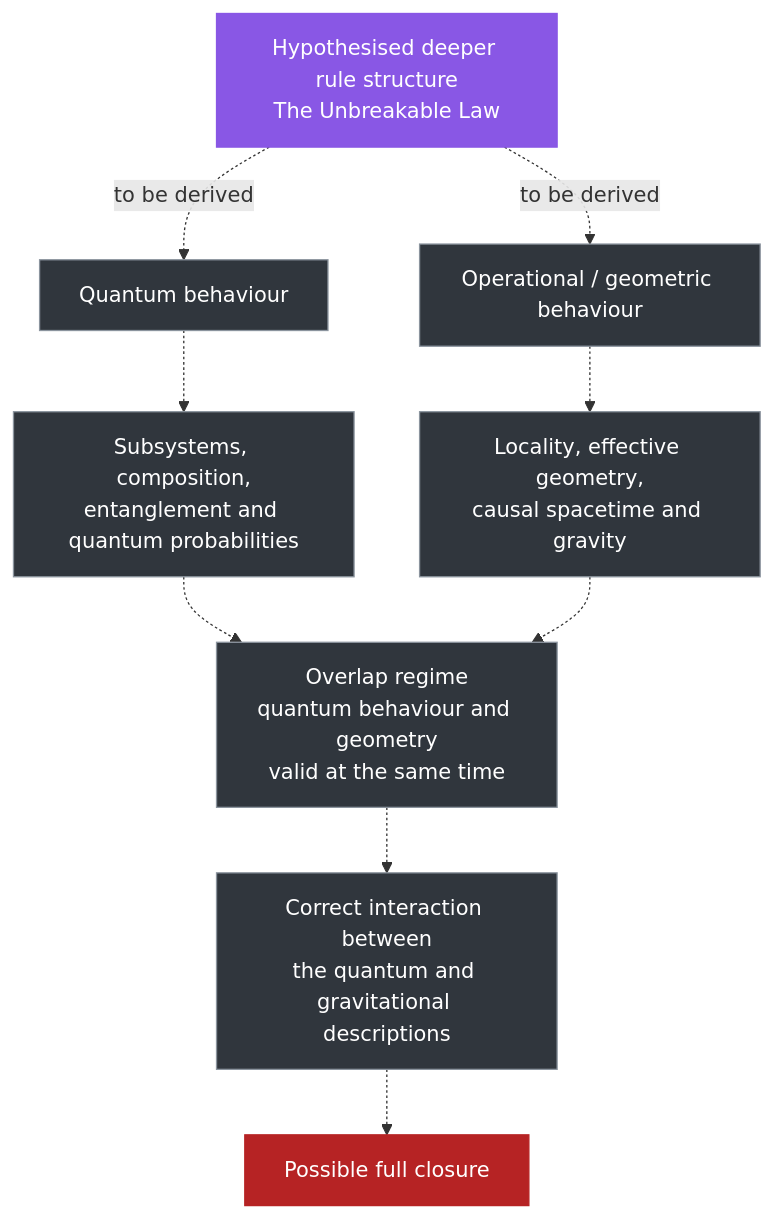
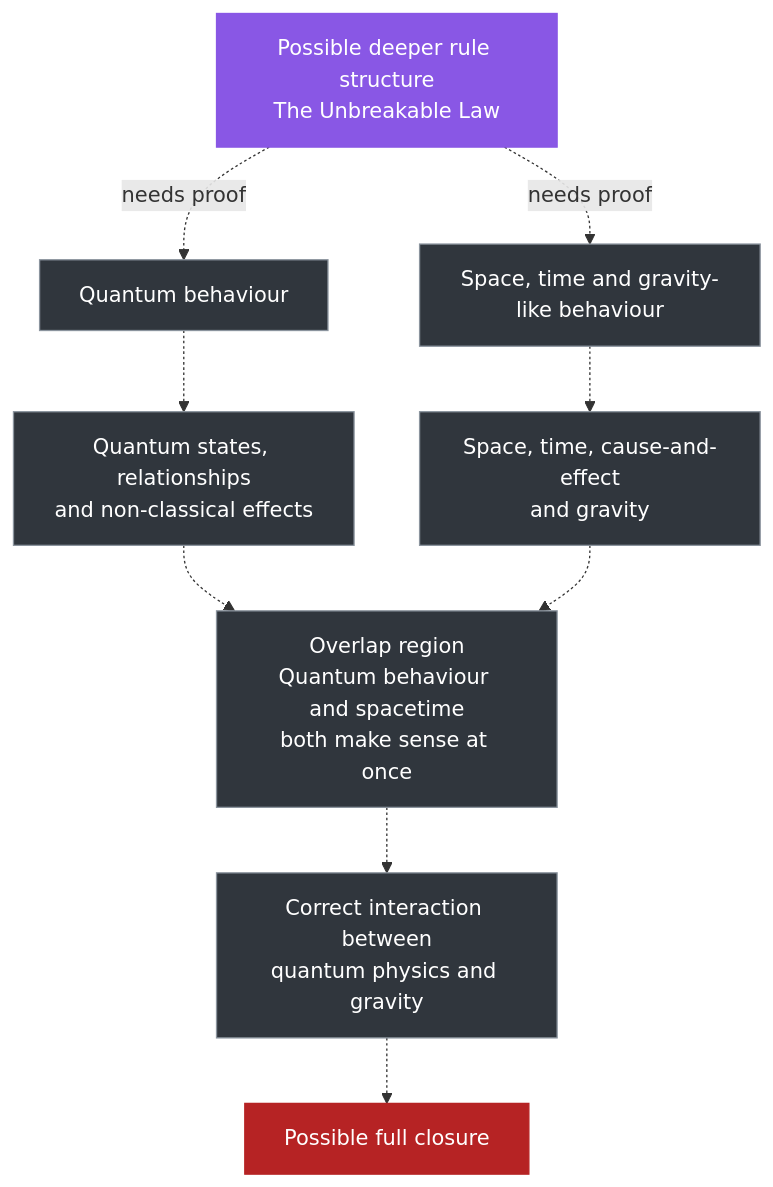
One commit to cameron467/The-Unbreakable-Law changed the second of 5 diagrams in Simplified_Framework/WHY_THIS_IS_NOT_A_THEORY_OF_EVERYTHING_YET.md. Above: the diagram before and after it, drawn with Mermaid. The commit also changed other lines of this file, not shown here.

````diff
--- a/Simplified_Framework/WHY_THIS_IS_NOT_A_THEORY_OF_EVERYTHING_YET.md
+++ b/Simplified_Framework/WHY_THIS_IS_NOT_A_THEORY_OF_EVERYTHING_YET.md
@@ -152,38 +147,39 @@
 ```mermaid
 flowchart TB
 
-    A["Hypothesised deeper rule structure<br/>The Unbreakable Law"]
+    A["Possible deeper rule structure<br/>The Unbreakable Law"]
 
     B["Quantum behaviour"]
-    C["Operational / geometric behaviour"]
 
-    D["Subsystems, composition,<br/>entanglement and quantum probabilities"]
+    C["Space, time and gravity-like behaviour"]
 
-    E["Locality, effective geometry,<br/>causal spacetime and gravity"]
+    D["Quantum states, relationships<br/>and non-classical effects"]
 
-    F["Overlap regime<br/>quantum behaviour and geometry<br/>valid at the same time"]
+    E["Space, time, cause-and-effect<br/>and gravity"]
 
-    G["Correct interaction between<br/>the quantum and gravitational descriptions"]
+    F["Overlap region<br/>Quantum behaviour and spacetime<br/>both make sense at once"]
+
+    G["Correct interaction between<br/>quantum physics and gravity"]
 
     H["Possible full closure"]
 
-    A -. "to be derived" .-> B
-    A -. "to be derived" .-> C
+    A -. "needs proof" .-> B
+    A -. "needs proof" .-> C
 
     B -.-> D
     C -.-> E
 
     D -.-> F
     E -.-> F
 
     F -.-> G
     G -.-> H
 
     classDef hypothesis fill:#8957e5,stroke:#8957e5,color:#ffffff;
     classDef open fill:#30363d,stroke:#8b949e,color:#ffffff;
     classDef final fill:#b62324,stroke:#b62324,color:#ffffff;
 
     class A hypothesis;
     class B,C,D,E,F,G open;
     class H final;
 ```
````
